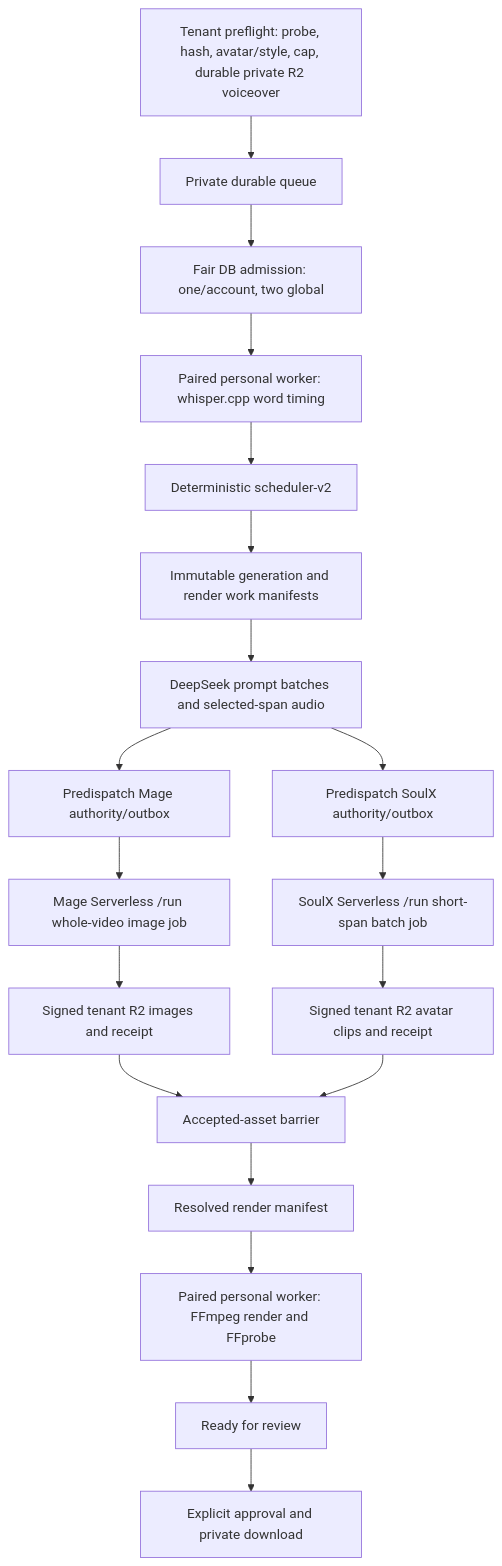
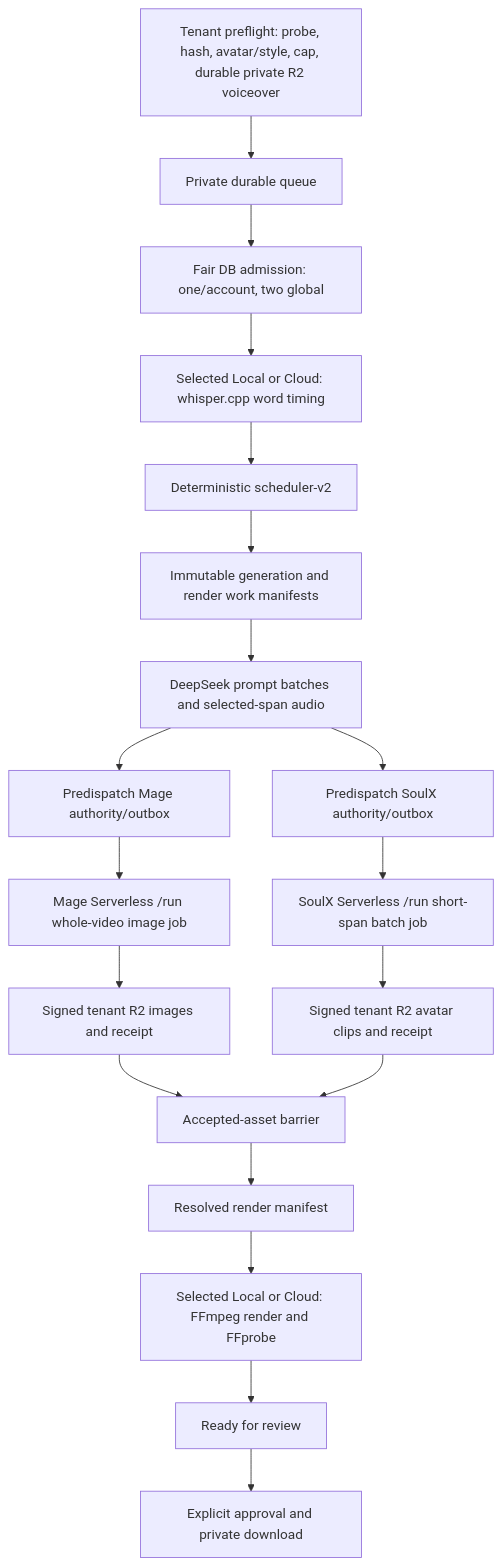
The diagram in project-context/07_PIPELINE_AND_SCHEDULER.md (Pala-LakshmanSai/videoforge), drawn with Mermaid before and after one commit. The commit also changed other lines of this file and 52 other files, not shown here.

````diff
--- a/project-context/07_PIPELINE_AND_SCHEDULER.md
+++ b/project-context/07_PIPELINE_AND_SCHEDULER.md
@@ -25,21 +25,21 @@
 ```mermaid
 flowchart TD
     P["Tenant preflight: probe, hash, avatar/style, cap, durable private R2 voiceover"] --> Q["Private durable queue"]
     Q --> A["Fair DB admission: one/account, two global"]
-    A --> T["Paired personal worker: whisper.cpp word timing"]
+    A --> T["Selected Local or Cloud: whisper.cpp word timing"]
     T --> S["Deterministic scheduler-v2"]
     S --> WM["Immutable generation and render work manifests"]
     WM --> D["DeepSeek prompt batches and selected-span audio"]
     D --> MI["Predispatch Mage authority/outbox"]
     D --> SI["Predispatch SoulX authority/outbox"]
     MI --> ME["Mage Serverless /run whole-video image job"]
     SI --> SE["SoulX Serverless /run short-span batch job"]
     ME --> MR["Signed tenant R2 images and receipt"]
     SE --> SR["Signed tenant R2 avatar clips and receipt"]
     MR --> B["Accepted-asset barrier"]
     SR --> B
     B --> RM["Resolved render manifest"]
-    RM --> F["Paired personal worker: FFmpeg render and FFprobe"]
+    RM --> F["Selected Local or Cloud: FFmpeg render and FFprobe"]
     F --> R["Ready for review"]
     R --> AP["Explicit approval and private download"]
 ```
````
